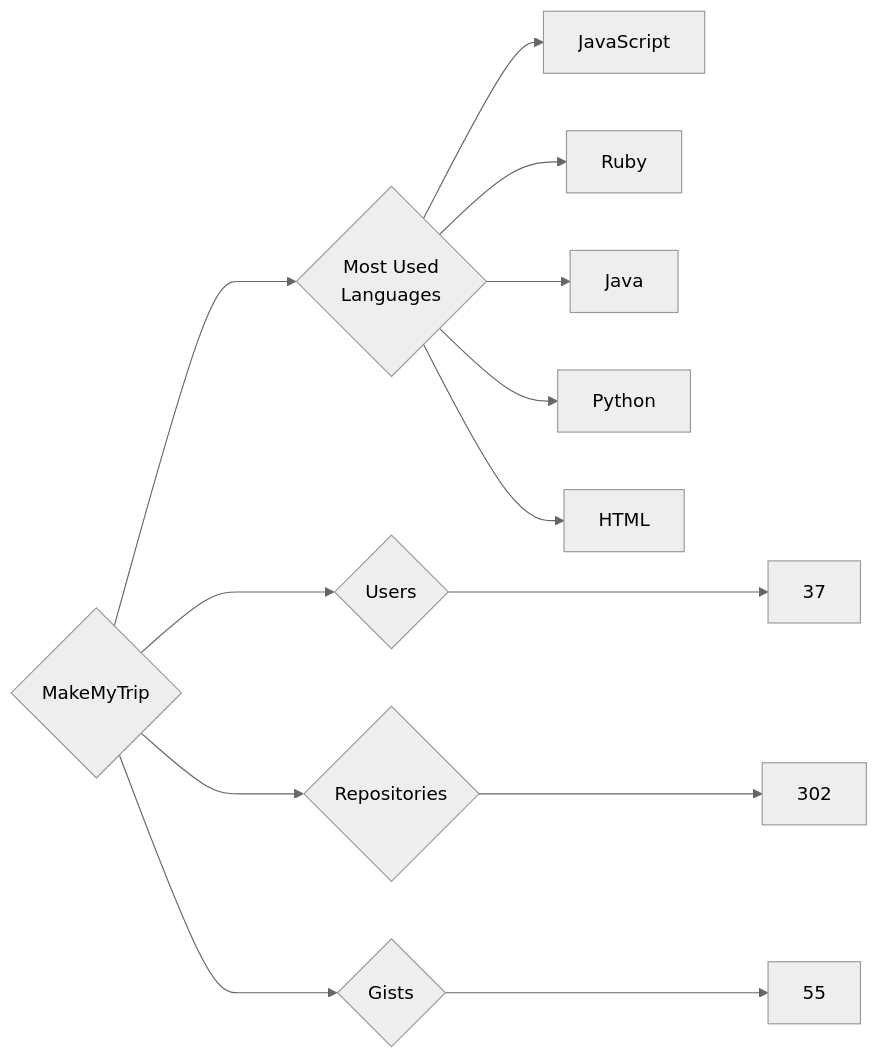
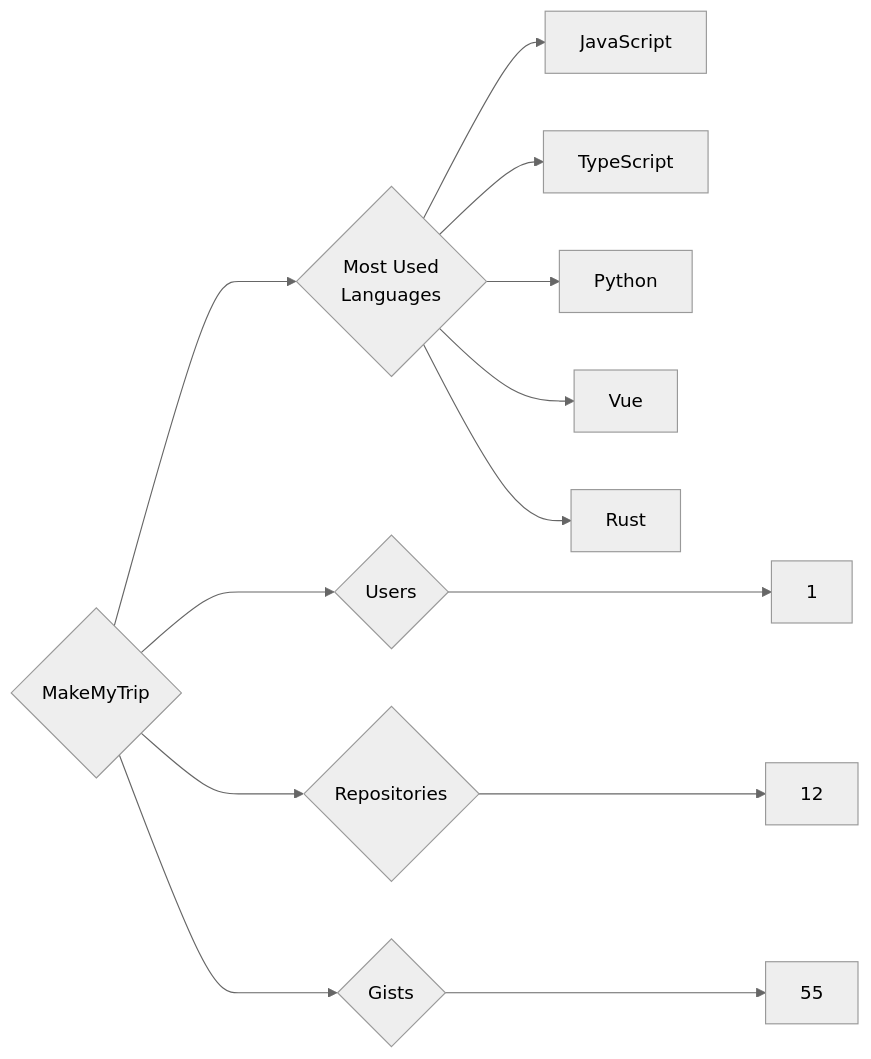
One commit to trickest/insiders changed the diagram in targets/MakeMyTrip/README.md. Above: the diagram before and after it, drawn with Mermaid (neutral theme). The commit also changed 823 other files, not shown here.

````diff
--- a/targets/MakeMyTrip/README.md
+++ b/targets/MakeMyTrip/README.md
@@ -3,13 +3,13 @@
 ```mermaid
 graph LR
 COMPANY_NAME{MakeMyTrip}
-COMPANY_NAME ---> U{Users} ---> UN[37]
-COMPANY_NAME ---> R{Repositories} ---> RN[302]
+COMPANY_NAME ---> U{Users} ---> UN[1]
+COMPANY_NAME ---> R{Repositories} ---> RN[12]
 COMPANY_NAME ---> G{Gists} ---> GN[55]
 COMPANY_NAME ---> ML{Most Used<br>Languages}
 ML --> JavaScript[JavaScript]
-ML --> Ruby[Ruby]
-ML --> Java[Java]
+ML --> TypeScript[TypeScript]
 ML --> Python[Python]
-ML --> HTML[HTML]
+ML --> Vue[Vue]
+ML --> Rust[Rust]
 ```
````
